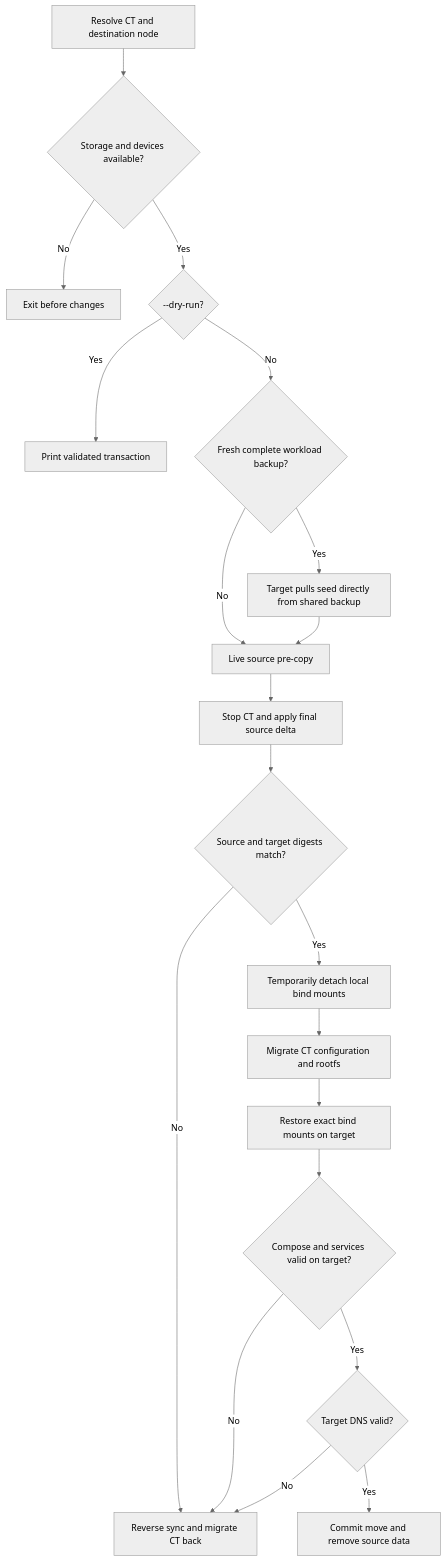
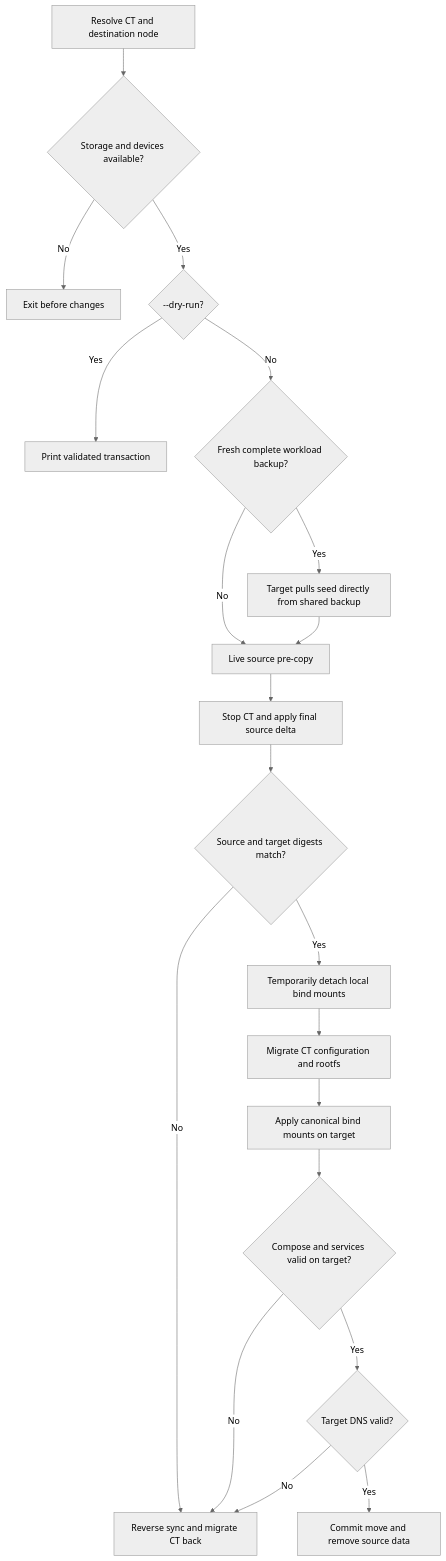
The diagram in moveCT.md (markusheiliger/proxmox), drawn with Mermaid (neutral theme) before and after one commit. The commit also changed other lines of this file and 59 other files, not shown here.

````diff
--- a/moveCT.md
+++ b/moveCT.md
@@ -53,22 +53,22 @@
 ```mermaid
 flowchart TD
     Select[Resolve CT and destination node] --> Devices{Storage and devices available?}
     Devices -->|No| Fail[Exit before changes]
     Devices -->|Yes| Preview{--dry-run?}
     Preview -->|Yes| Plan[Print validated transaction]
     Preview -->|No| Seed{Fresh complete workload backup?}
     Seed -->|Yes| Restore[Target pulls seed directly from shared backup]
     Seed -->|No| Sync[Live source pre-copy]
     Restore --> Sync
     Sync --> Stop[Stop CT and apply final source delta]
     Stop --> Digest{Source and target digests match?}
     Digest -->|No| Rollback
     Digest -->|Yes| Detach[Temporarily detach local bind mounts]
     Detach --> Migrate[Migrate CT configuration and rootfs]
-    Migrate --> Attach[Restore exact bind mounts on target]
+    Migrate --> Attach[Apply canonical bind mounts on target]
     Attach --> Verify{Compose and services valid on target?}
     Verify -->|No| Rollback[Reverse sync and migrate CT back]
     Verify -->|Yes| DNS{Target DNS valid?}
     DNS -->|No| Rollback
     DNS -->|Yes| Commit[Commit move and remove source data]
 ```
````
